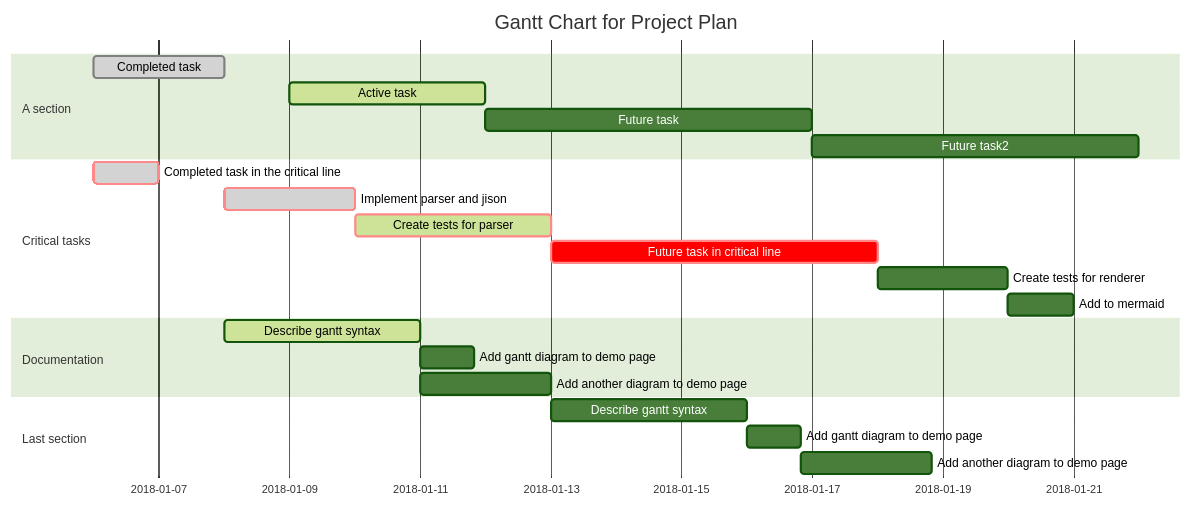
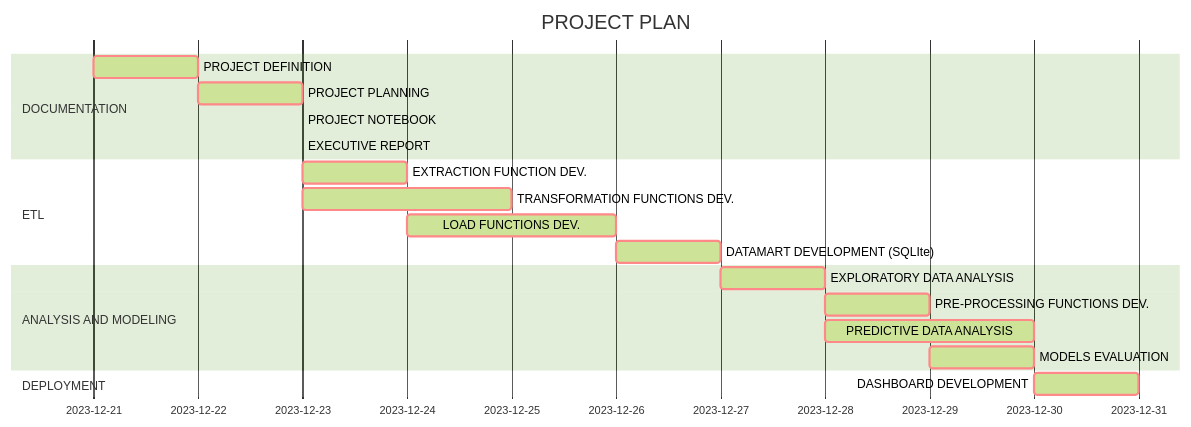
The diagram in docs/project_planning.mkd (zapallo-droid-ca/2023_WDI_ts_GDP_forecasting), drawn with Mermaid (forest theme) before and after one commit. The commit also changed other lines of this file and 3 other files, not shown here.

Commit message:
Project planning

````diff
--- a/docs/project_planning.mkd
+++ b/docs/project_planning.mkd
@@ -42,29 +42,27 @@
 ```mermaid renderAs=mermaid
 gantt
        dateFormat  YYYY-MM-DD
-       title Gantt Chart for Project Plan
+       title PROJECT PLAN
 
-       section A section
-       Completed task            :done,    des1, 2018-01-06,2018-01-08
-       Active task               :active,  des2, 2018-01-09, 3d
-       Future task               :         des3, after des2, 5d
-       Future task2              :         des4, after des3, 5d
+       section DOCUMENTATION
+       PROJECT DEFINITION            :crit, active, des01, 2023-12-21 , 1d
+       PROJECT PLANNING              :crit, active, des02, after des01, 1d
+       PROJECT NOTEBOOK              :      active, des03, after des02, 
+       EXECUTIVE REPORT              :              des04, after des02, 
 
-       section Critical tasks
-       Completed task in the critical line :crit, done, 2018-01-06,24h
-       Implement parser and jison          :crit, done, after des1, 2d
-       Create tests for parser             :crit, active, 3d
-       Future task in critical line        :crit, 5d
-       Create tests for renderer           :2d
-       Add to mermaid                      :1d
+       section ETL
+       EXTRACTION FUNCTION DEV. 	 :crit, active, des05, after des02, 1d
+       TRANSFORMATION FUNCTIONS DEV. :crit, active, des06, after des02, 2d
+	   LOAD FUNCTIONS DEV.			 :crit, active, des07, after des05, 2d
+	   DATAMART DEVELOPMENT (SQLIte) :crit, active, des08, after des07, 1d
 
-       section Documentation
-       Describe gantt syntax               :active, a1, after des1, 3d
-       Add gantt diagram to demo page      :after a1  , 20h
-       Add another diagram to demo page    :doc1, after a1  , 48h
-
-       section Last section
-       Describe gantt syntax               :after doc1, 3d
-       Add gantt diagram to demo page      :20h
-       Add another diagram to demo page    :48h
+       section ANALYSIS AND MODELING
+       EXPLORATORY DATA ANALYSIS     :crit, active, des09, after des08, 1d
+	   PRE-PROCESSING FUNCTIONS DEV. :crit, active, des10, after des09, 1d
+	   PREDICTIVE DATA ANALYSIS      :crit, active, des11, after des09, 2d
+	   MODELS EVALUATION             :crit, active, des12, after des10, 1d
+	   
+	   section DEPLOYMENT
+       DASHBOARD DEVELOPMENT         :crit, active, des13, after des12, 1d
+	   
 ```
````
